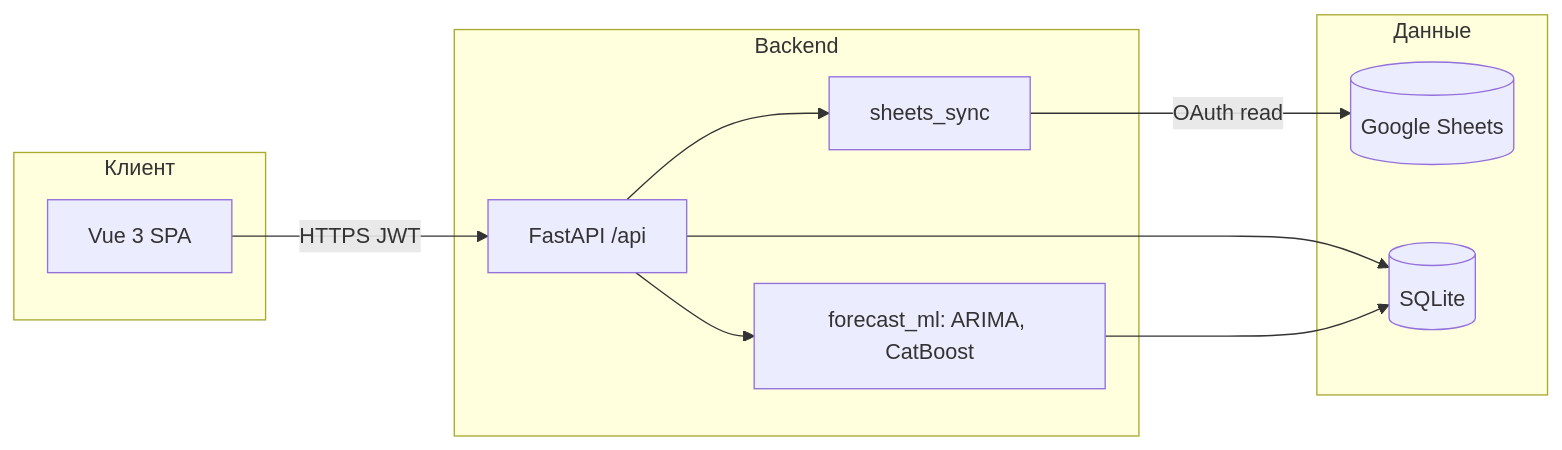
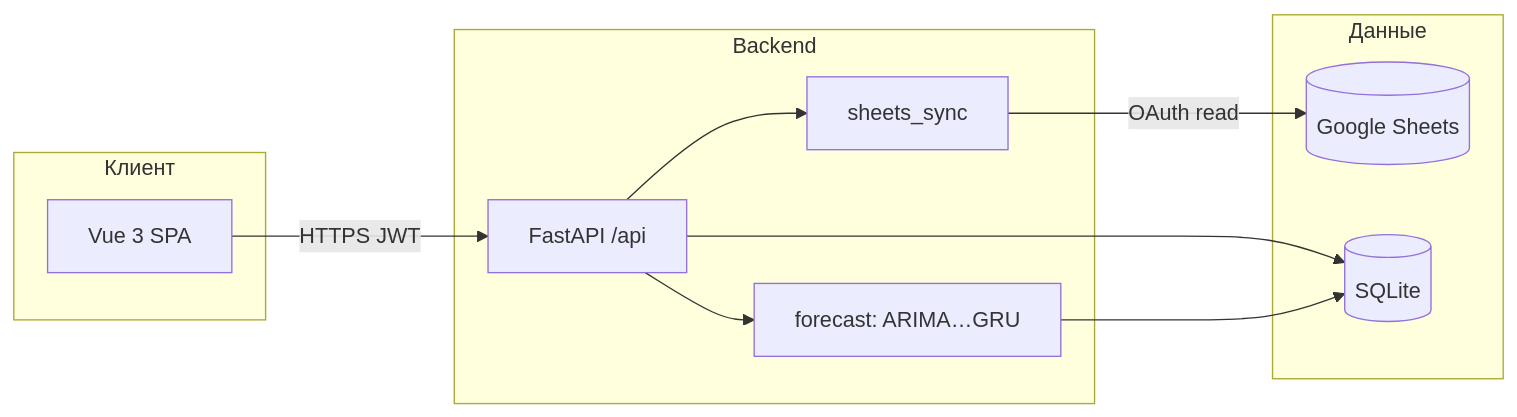
Before and after one commit to fastilla00/diplom_rent_efremova: the first of 4 diagrams in README.md, drawn with Mermaid. The commit also changed other lines of this file and 38 other files, not shown here.

````diff
--- a/README.md
+++ b/README.md
@@ -57,21 +58,21 @@
 ```mermaid
 flowchart LR
   subgraph client["Клиент"]
     UI[Vue 3 SPA]
   end
   subgraph server["Backend"]
     API[FastAPI /api]
-    ML[forecast_ml: ARIMA, CatBoost]
+    ML[forecast: ARIMA…GRU]
     SYNC[sheets_sync]
   end
   subgraph data["Данные"]
     GS[(Google Sheets)]
     DB[(SQLite)]
   end
   UI -->|HTTPS JWT| API
   API --> SYNC
   API --> ML
   SYNC -->|OAuth read| GS
   API --> DB
   ML --> DB
 ```
````
